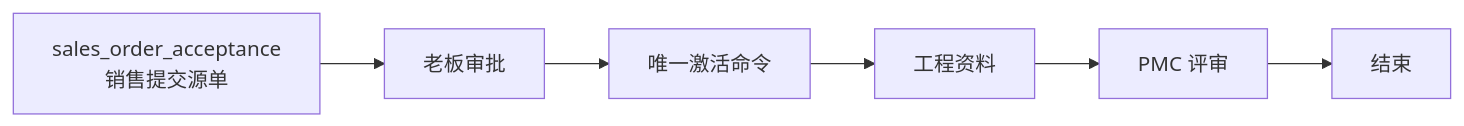
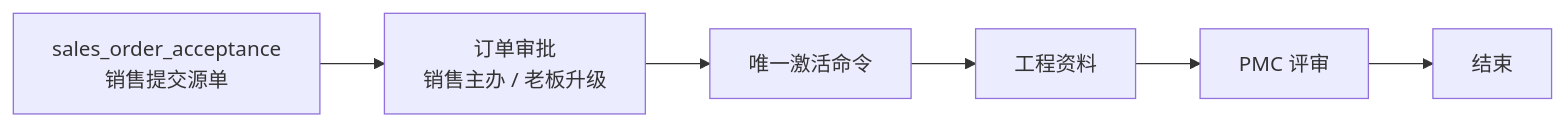
Before and after one commit to saurick/plush-toy-erp: diagram 15 of 18 in docs/customers/yoyoosun/角色能力与流程矩阵.md, drawn with Mermaid. The commit also changed other lines of this file and 13 other files, not shown here.

````diff
--- a/docs/customers/yoyoosun/角色能力与流程矩阵.md
+++ b/docs/customers/yoyoosun/角色能力与流程矩阵.md
@@ -819,4 +819,4 @@
 ```mermaid
 flowchart LR
-  s1["sales_order_acceptance<br/>销售提交源单"] --> s2["老板审批"] --> s2a["唯一激活命令"] --> s3["工程资料"] --> s4["PMC 评审"] --> s5["结束"]
+  s1["sales_order_acceptance<br/>销售提交源单"] --> s2["订单审批<br/>销售主办 / 老板升级"] --> s2a["唯一激活命令"] --> s3["工程资料"] --> s4["PMC 评审"] --> s5["结束"]
 ```
````
